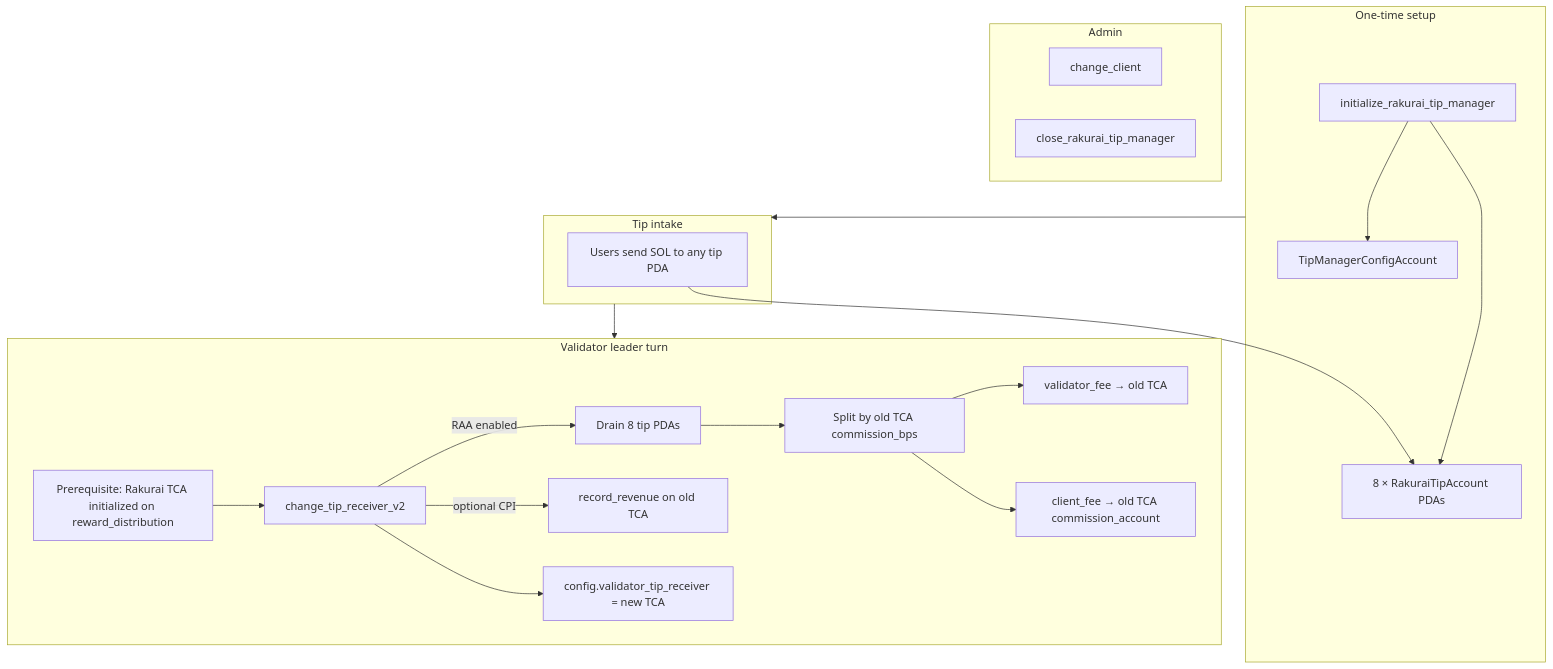
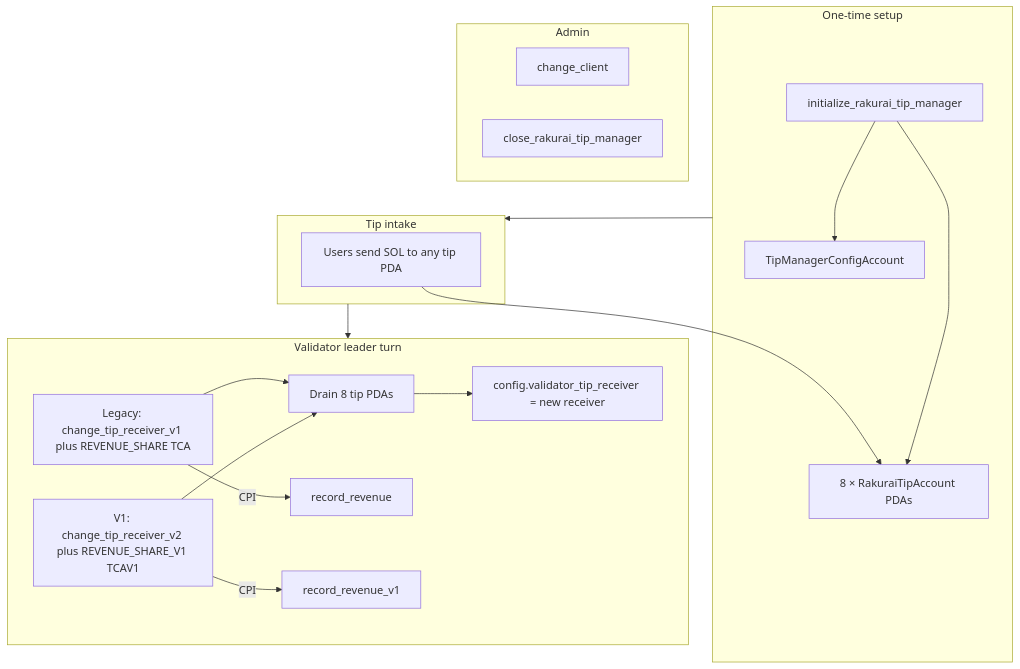
Before and after one commit to rakurai-io/rakurai_programs: the third of 4 diagrams in diagram/program-flow-diagrams.md, drawn with Mermaid. The commit also changed other lines of this file and 14 other files, not shown here.

Commit message:
updated legacy and TCAv1 structure

````diff
--- a/diagram/program-flow-diagrams.md
+++ b/diagram/program-flow-diagrams.md
@@ -112,33 +117,31 @@
 ```mermaid
 flowchart TD
     subgraph setup [One-time setup]
         T0[initialize_rakurai_tip_manager]
         T0 --> CFG[TipManagerConfigAccount]
         T0 --> TIPS[8 × RakuraiTipAccount PDAs]
     end
 
     subgraph users [Tip intake]
         U1[Users send SOL to any tip PDA]
         U1 --> TIPS
     end
 
     subgraph drain [Validator leader turn]
-        PRE[Prerequisite: Rakurai TCA initialized on reward_distribution]
-        V2[change_tip_receiver_v2]
-        V2 -->|RAA enabled| DRAIN[Drain 8 tip PDAs]
-        DRAIN --> SPLIT[Split by old TCA commission_bps]
-        SPLIT --> OLD[validator_fee → old TCA]
-        SPLIT --> BB[client_fee → old TCA commission_account]
-        V2 -->|optional CPI| REC[record_revenue on old TCA]
-        V2 --> CFG2[config.validator_tip_receiver = new TCA]
+        PREL[Legacy: change_tip_receiver_v1 plus REVENUE_SHARE TCA]
+        PREV[V1: change_tip_receiver_v2 plus REVENUE_SHARE_V1 TCAV1]
+        PREL --> DRAIN[Drain 8 tip PDAs]
+        PREV --> DRAIN
+        DRAIN --> CFG2[config.validator_tip_receiver = new receiver]
+        PREL -->|CPI| RECL[record_revenue]
+        PREV -->|CPI| RECV[record_revenue_v1]
     end
 
     subgraph admin [Admin]
         A1[change_client]
         A2[close_rakurai_tip_manager]
     end
 
     setup --> users
     users --> drain
-    PRE --> V2
 ```
````
